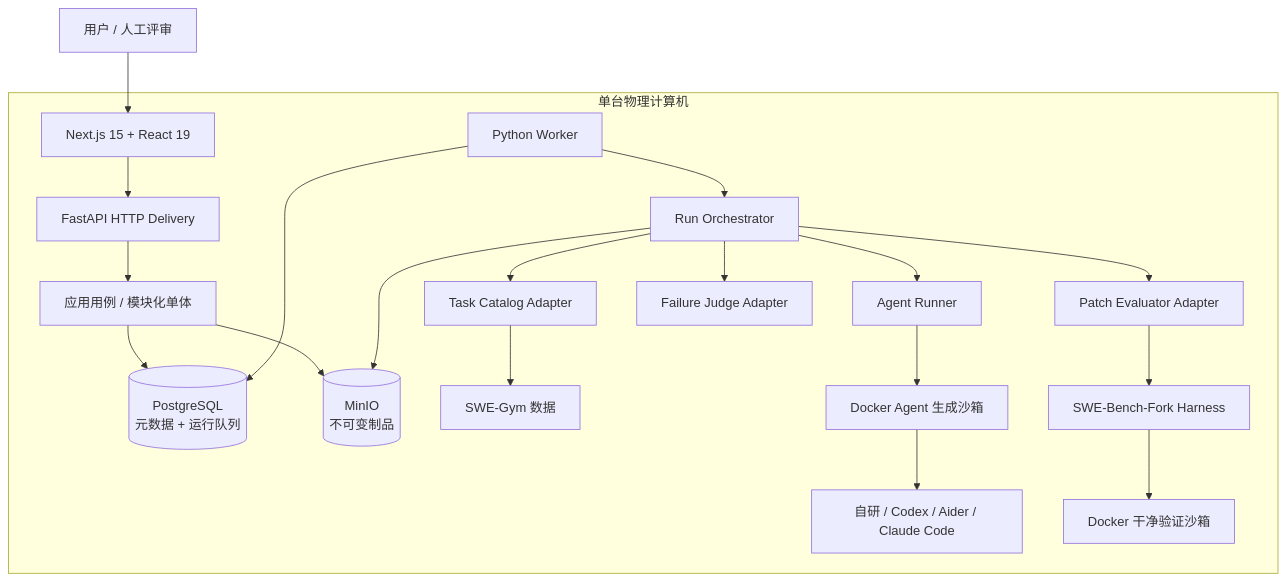
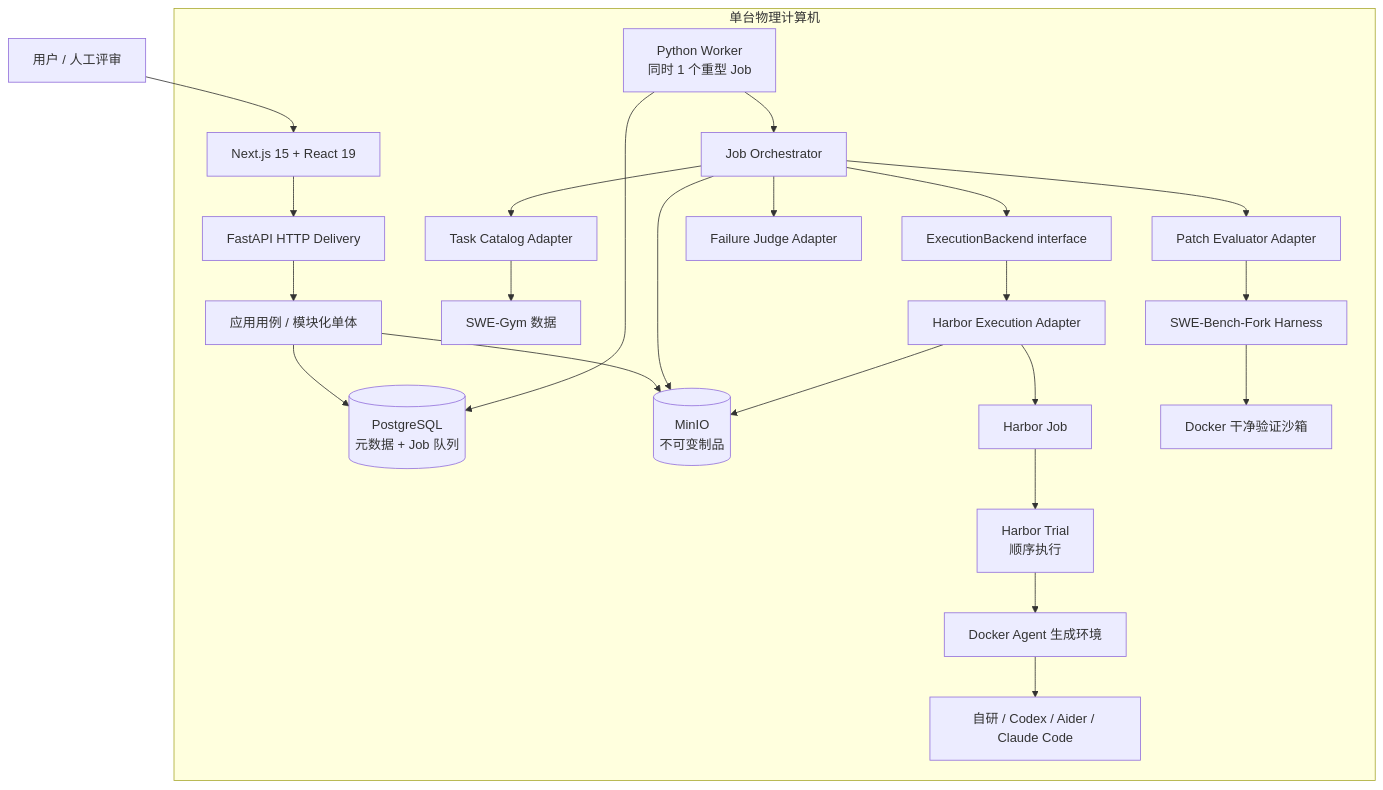
One commit to anphuchoang5-sys/agent-exam changed the first of 2 diagrams in docs/architecture/ARCHITECTURE.md. Above: the diagram before and after it, drawn with Mermaid. The commit also changed other lines of this file and 14 other files, not shown here.

Commit message:
docs: finalize Harbor execution architecture

````diff
--- a/docs/architecture/ARCHITECTURE.md
+++ b/docs/architecture/ARCHITECTURE.md
@@ -65,25 +72,29 @@
 ```mermaid
 flowchart TB
     USER[用户 / 人工评审] --> WEB[Next.js 15 + React 19]
 
     subgraph HOST[单台物理计算机]
         WEB --> API[FastAPI HTTP Delivery]
         API --> APP[应用用例 / 模块化单体]
-        APP --> PG[(PostgreSQL\n元数据 + 运行队列)]
+        APP --> PG[(PostgreSQL\n元数据 + Job 队列)]
         APP --> MINIO[(MinIO\n不可变制品)]
 
-        WORKER[Python Worker] --> PG
-        WORKER --> ORCH[Run Orchestrator]
+        WORKER[Python Worker\n同时 1 个重型 Job] --> PG
+        WORKER --> ORCH[Job Orchestrator]
         ORCH --> TASK[Task Catalog Adapter]
-        ORCH --> RUNNER[Agent Runner]
+        ORCH --> EXEC[ExecutionBackend interface]
         ORCH --> EVAL[Patch Evaluator Adapter]
         ORCH --> JUDGE[Failure Judge Adapter]
         ORCH --> MINIO
 
         TASK --> SWEGYM[SWE-Gym 数据]
-        RUNNER --> AGENTBOX[Docker Agent 生成沙箱]
+        EXEC --> HARBORADAPTER[Harbor Execution Adapter]
+        HARBORADAPTER --> HJOB[Harbor Job]
+        HJOB --> HTRIAL[Harbor Trial\n顺序执行]
+        HTRIAL --> AGENTBOX[Docker Agent 生成环境]
         AGENTBOX --> AGENTS[自研 / Codex / Aider / Claude Code]
+        HARBORADAPTER --> MINIO
         EVAL --> HARNESS[SWE-Bench-Fork Harness]
         HARNESS --> VERIFYBOX[Docker 干净验证沙箱]
     end
 ```
````
